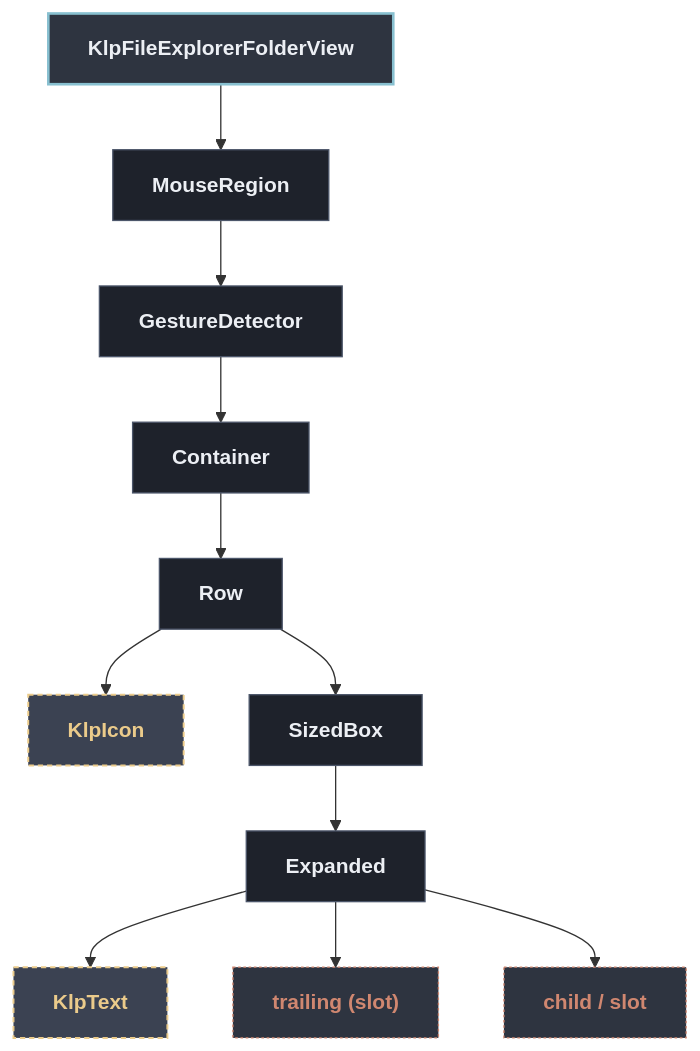
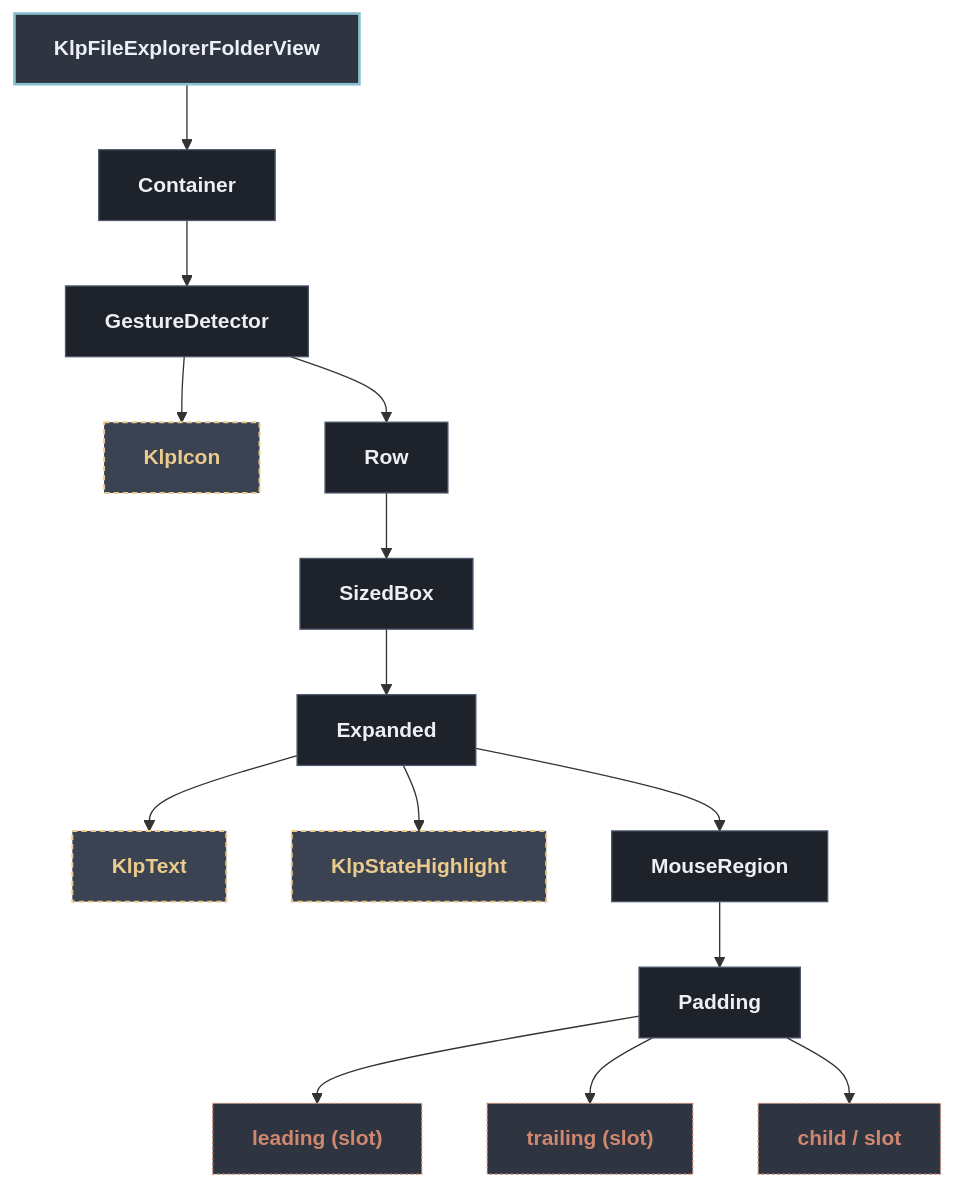
Before and after one commit to MiuDog/Kallopis: the diagram in docs/architecture/components/navigation/klp_file_explorer_folder_view.md, drawn with Mermaid. The commit also changed other lines of this file and 1105 other files, not shown here.

Commit message:
refactor: establish semantic design architecture

````diff
--- a/docs/architecture/components/navigation/klp_file_explorer_folder_view.md
+++ b/docs/architecture/components/navigation/klp_file_explorer_folder_view.md
@@ -13,30 +13,36 @@
 ```mermaid
 flowchart TD
   classDef default fill:#1E222B,stroke:#4C566A,stroke-width:1px,color:#ECEFF4;
   classDef root fill:#2E3440,stroke:#88C0D0,stroke-width:2px,color:#ECEFF4,font-weight:bold;
   classDef reference fill:#3B4252,stroke:#EBCB8B,stroke-width:1.5px,stroke-dasharray: 4 3,color:#EBCB8B;
   classDef container fill:#2E3440,stroke:#A3BE8C,stroke-width:1.5px,color:#A3BE8C;
   classDef slot fill:#2E3440,stroke:#D08770,stroke-width:1px,stroke-dasharray: 2 2,color:#D08770;
 
   root["KlpFileExplorerFolderView"]:::root
-  n1["MouseRegion"]
+  n1["Container"]
   root --> n1
   n2["GestureDetector"]
   n1 --> n2
-  n3["Container"]
+  n3["KlpIcon"]:::reference
   n2 --> n3
   n4["Row"]
-  n3 --> n4
-  n5["KlpIcon"]:::reference
+  n2 --> n4
+  n5["SizedBox"]
   n4 --> n5
-  n6["SizedBox"]
-  n4 --> n6
-  n7["Expanded"]
+  n6["Expanded"]
+  n5 --> n6
+  n7["KlpText"]:::reference
   n6 --> n7
-  n8["KlpText"]:::reference
-  n7 --> n8
-  n9["trailing (slot)"]:::slot
-  n7 --> n9
-  n10["child / slot"]:::slot
-  n7 --> n10
+  n8["KlpStateHighlight"]:::reference
+  n6 --> n8
+  n9["MouseRegion"]
+  n6 --> n9
+  n10["Padding"]
+  n9 --> n10
+  n11["leading (slot)"]:::slot
+  n10 --> n11
+  n12["trailing (slot)"]:::slot
+  n10 --> n12
+  n13["child / slot"]:::slot
+  n10 --> n13
 ```
````
